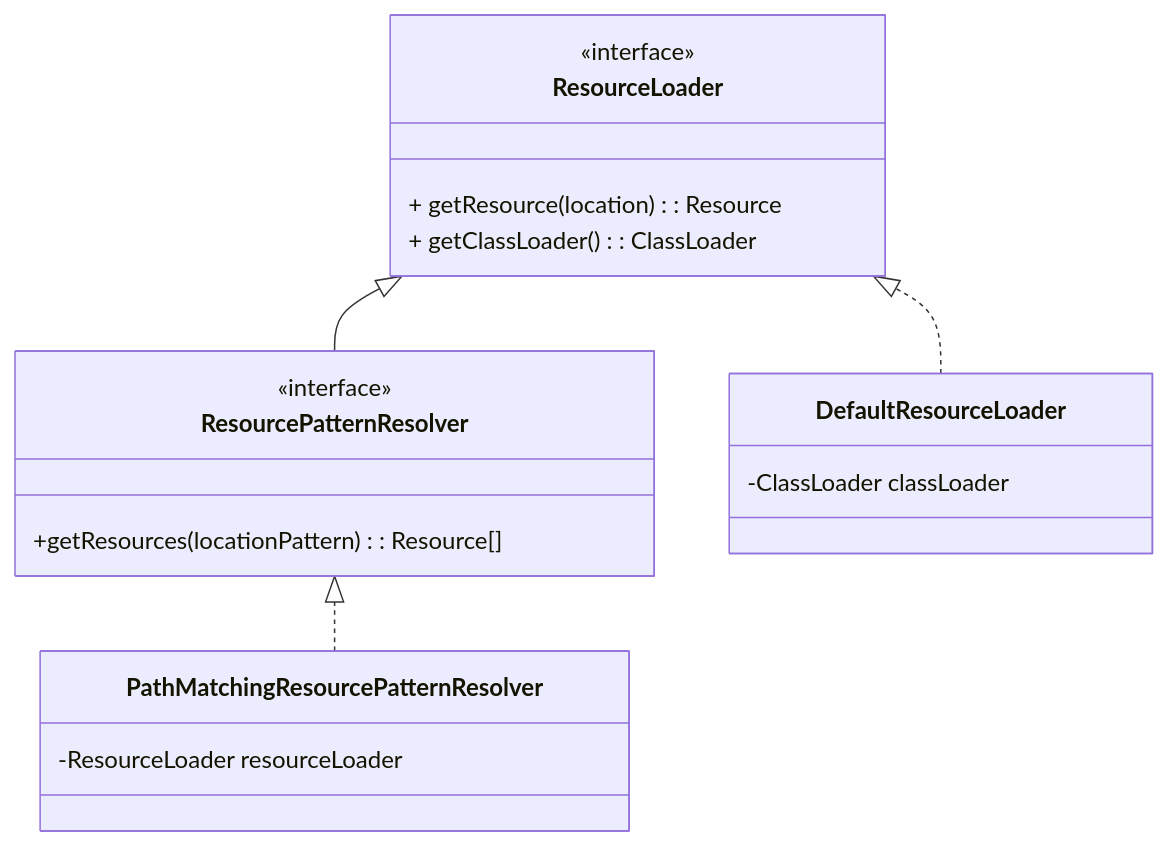
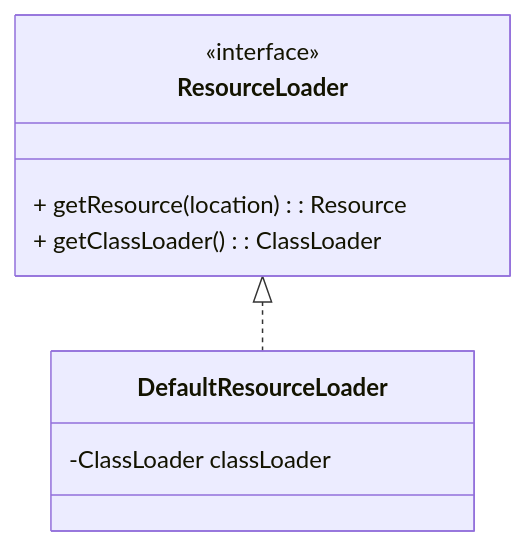
Before and after one commit to xuchengsheng/spring-reading: the diagram in spring-resources/spring-resource-resourceLoader/README.md, drawn with Mermaid. The commit also changed other lines of this file and 10 other files, not shown here.

Commit message:
ResourcePatternResolver接口源码分析

```diff
--- a/spring-resources/spring-resource-resourceLoader/README.md
+++ b/spring-resources/spring-resource-resourceLoader/README.md
@@ -142,27 +113,16 @@
 ~~~mermaid
 classDiagram
     direction BT
     class ResourceLoader {
     	<<interface>>
         + getResource(location) : Resource
         + getClassLoader() : ClassLoader
     }
 
-    class ResourcePatternResolver {
-    	<<interface>>
-        +getResources(locationPattern) : Resource[]
-    }
-
     class DefaultResourceLoader {
         -ClassLoader classLoader
     }
 
-    class PathMatchingResourcePatternResolver {
-        -ResourceLoader resourceLoader
-    }
-
-    ResourcePatternResolver --|> ResourceLoader
     DefaultResourceLoader ..|> ResourceLoader
-    PathMatchingResourcePatternResolver ..|> ResourcePatternResolver
 
 ~~~
```
